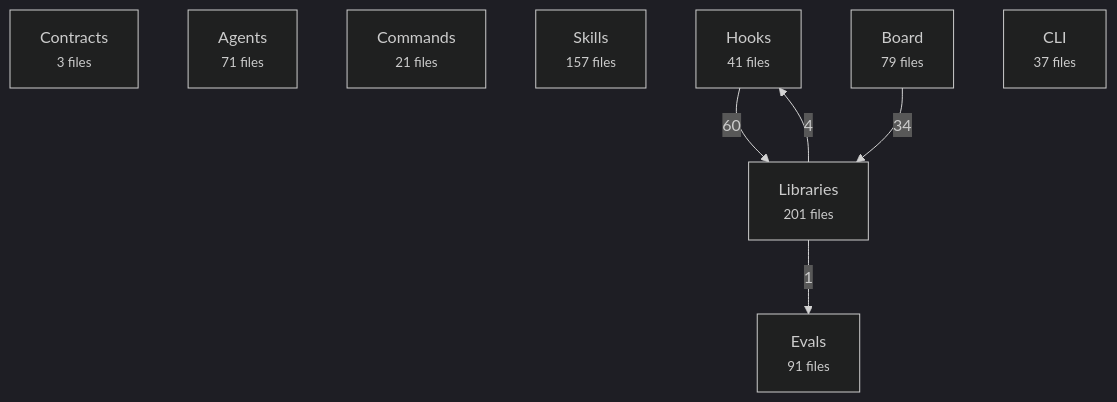
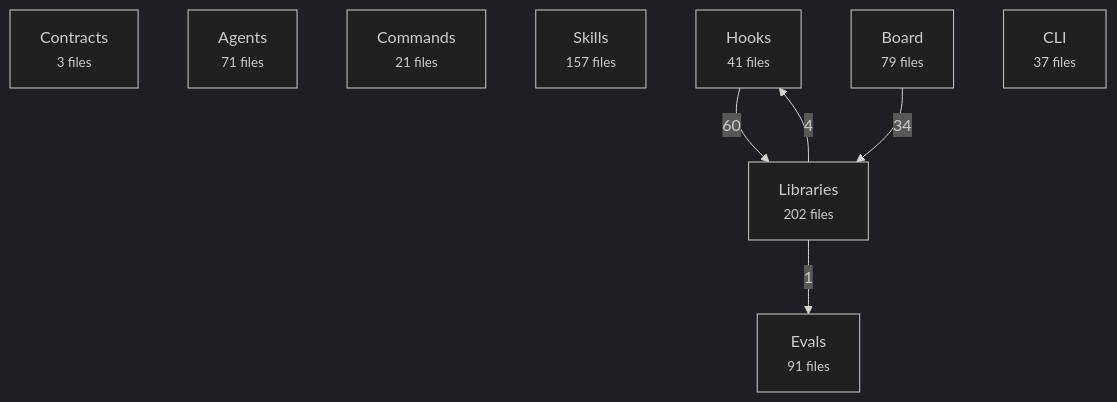
Before and after one commit to avelikiy/great_cto: the first of 2 diagrams in docs/reference/architecture-map.md, drawn with Mermaid (dark theme). The commit also changed other lines of this file and 4 other files, not shown here.

````diff
--- a/docs/reference/architecture-map.md
+++ b/docs/reference/architecture-map.md
@@ -20,16 +20,16 @@
 ```mermaid
 flowchart TD
   contracts["Contracts<br/><small>3 files</small>"]
   agents["Agents<br/><small>71 files</small>"]
   commands["Commands<br/><small>21 files</small>"]
   skills["Skills<br/><small>157 files</small>"]
   hooks["Hooks<br/><small>41 files</small>"]
-  libs["Libraries<br/><small>201 files</small>"]
+  libs["Libraries<br/><small>202 files</small>"]
   board["Board<br/><small>79 files</small>"]
   cli["CLI<br/><small>37 files</small>"]
   evals["Evals<br/><small>91 files</small>"]
   hooks -->|60| libs
   board -->|34| libs
   libs -->|4| hooks
   libs -->|1| evals
 ```
````
